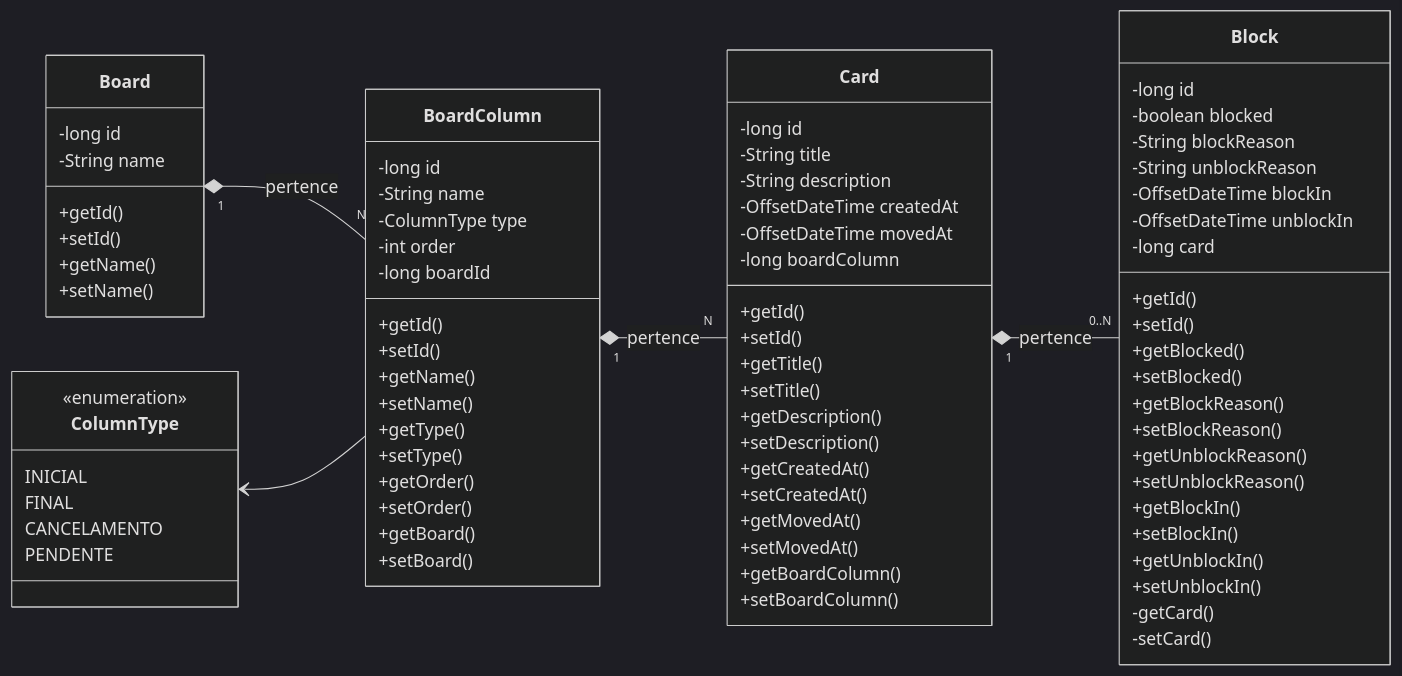
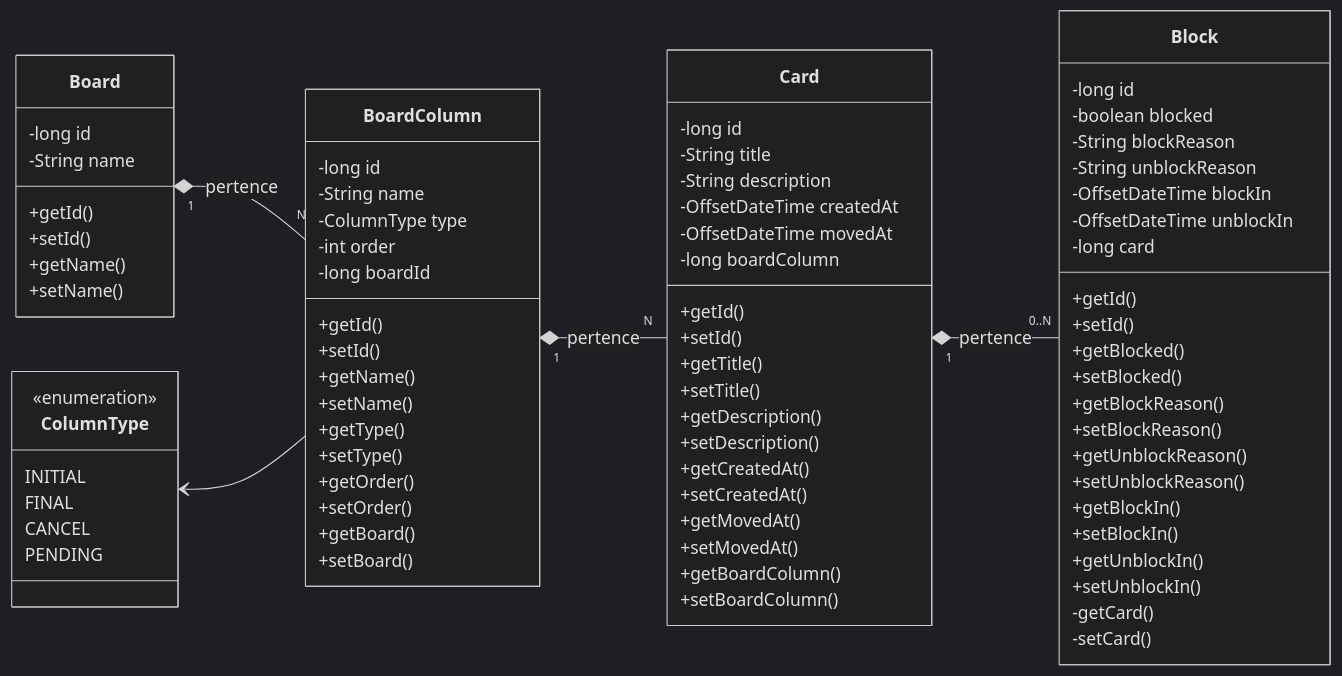
One commit to ju-c-lopes/board-tasks-java changed the diagram in Readme.md. Above: the diagram before and after it, drawn with Mermaid (dark theme). The commit also changed 6 other files, not shown here.

```diff
--- a/Readme.md
+++ b/Readme.md
@@ -80,10 +80,10 @@
 
 class ColumnType {
   <<enumeration>>
-  INICIAL
+  INITIAL
   FINAL
-  CANCELAMENTO
-  PENDENTE
+  CANCEL
+  PENDING
 }
 
 BoardColumn "N" --* "1" Board : pertence
```
